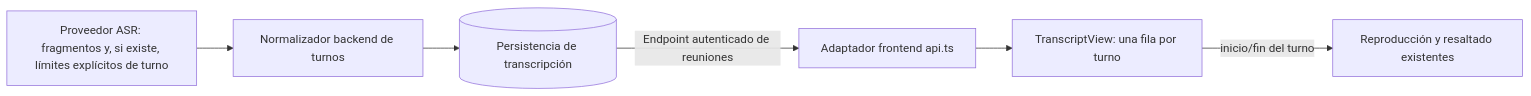
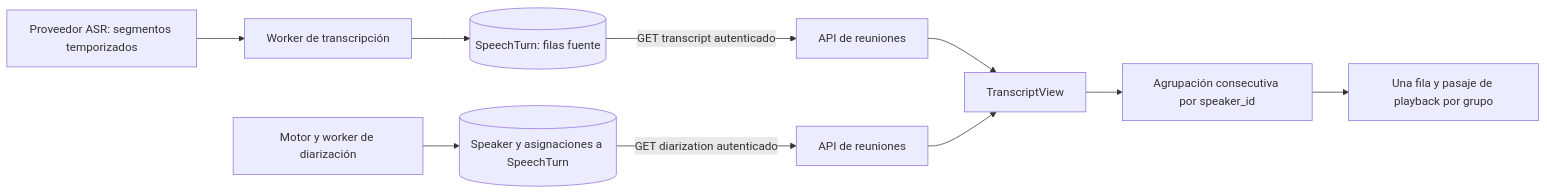
Before and after one commit to lufermalgo/sauri: the first of 2 diagrams in .spectra/specs/fix-transcript-word-fragments/design.md, drawn with Mermaid. The commit also changed other lines of this file, not shown here.

Commit message:
docs(transcript): resolve turn grouping design review

````diff
--- a/.spectra/specs/fix-transcript-word-fragments/design.md
+++ b/.spectra/specs/fix-transcript-word-fragments/design.md
@@ -29,8 +29,12 @@
 ```mermaid
 graph LR
-    ASR[Proveedor ASR: fragmentos y, si existe, límites explícitos de turno] --> N[Normalizador backend de turnos]
-    N --> P[(Persistencia de transcripción)]
-    P -->|Endpoint autenticado de reuniones| A[Adaptador frontend api.ts]
-    A --> V[TranscriptView: una fila por turno]
-    V -->|inicio/fin del turno| M[Reproducción y resaltado existentes]
+    ASR[Proveedor ASR: segmentos temporizados] --> TW[Worker de transcripción]
+    TW --> ST[(SpeechTurn: filas fuente)]
+    D[Motor y worker de diarización] --> SA[(Speaker y asignaciones a SpeechTurn)]
+    ST -->|GET transcript autenticado| API[API de reuniones]
+    SA -->|GET diarization autenticado| API2[API de reuniones]
+    API --> UI[TranscriptView]
+    API2 --> UI
+    UI --> G[Agrupación consecutiva por speaker_id]
+    G --> R[Una fila y pasaje de playback por grupo]
 ```
````
